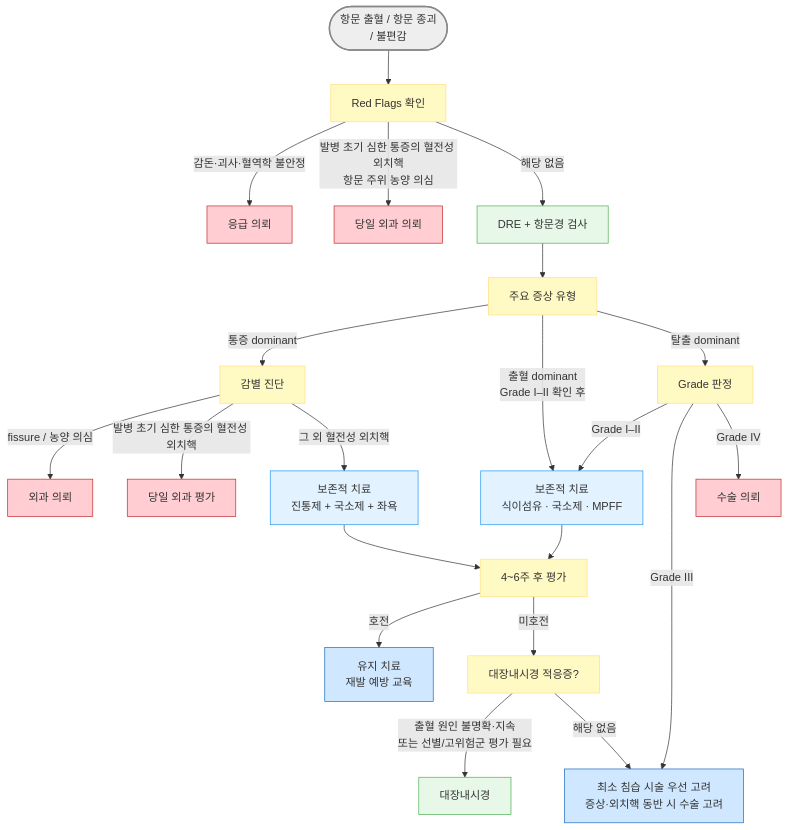
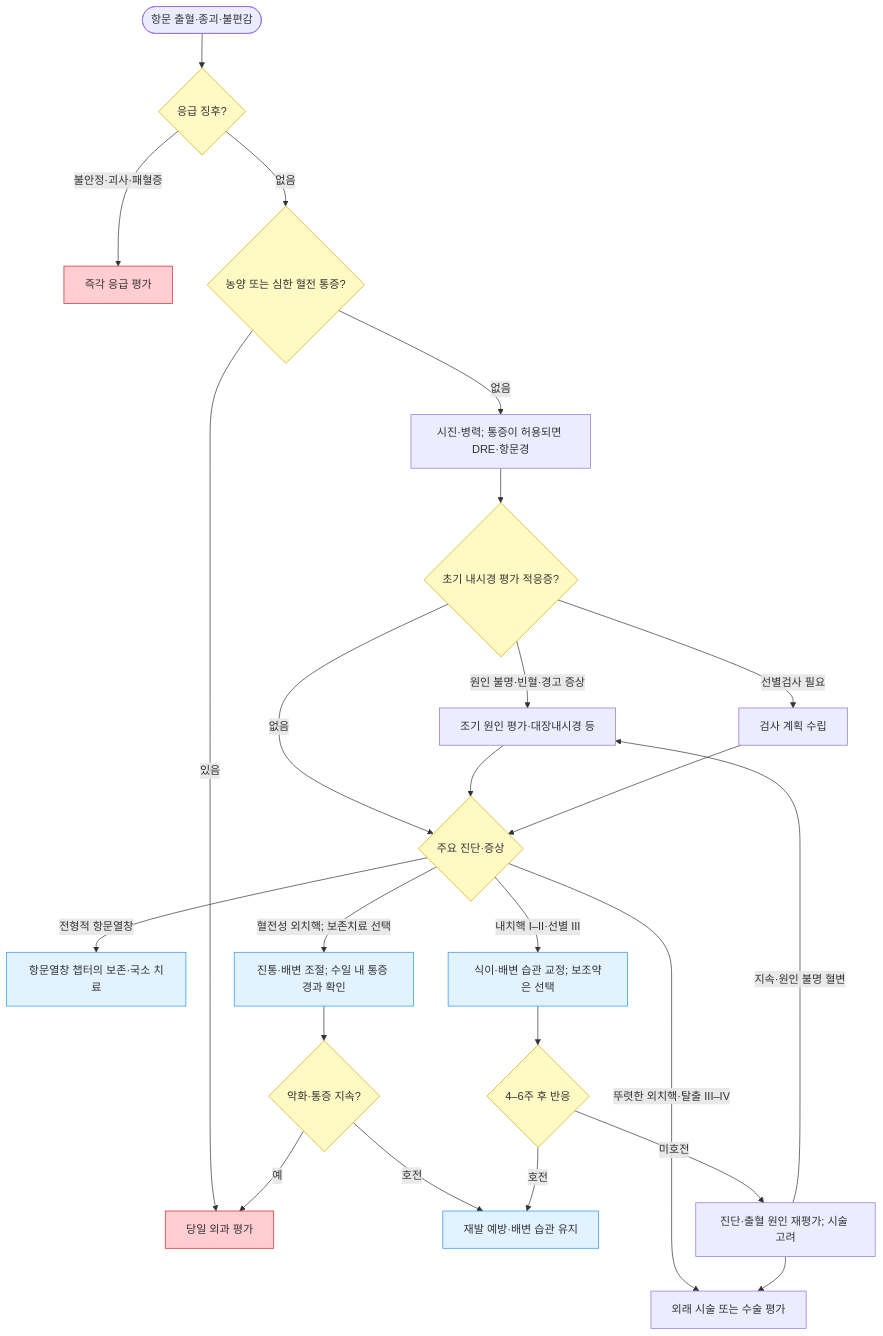
Before and after one commit to familyoh77/familyoh77: the diagram in 224_/089_-hemorrhoid.md, drawn with Mermaid. The commit also changed other lines of this file and 2 other files, not shown here.

````diff
--- a/224_/089_-hemorrhoid.md
+++ b/224_/089_-hemorrhoid.md
@@ -79,34 +81,32 @@
 ```mermaid
 graph TD
-    A([항문 출혈 / 항문 종괴 <br/>/ 불편감]) --> B[Red Flags 확인]
-    B -->|감돈·괴사·혈역학 불안정| C[응급 의뢰]
-    B -->|발병 초기 심한 통증의 혈전성 외치핵<br/>항문 주위 농양 의심| X[당일 외과 의뢰]
-    B -->|해당 없음| E[DRE + 항문경 검사]
-    E --> P[주요 증상 유형]
-    P -->|통증 dominant| Q[감별 진단]
-    P -->|출혈 dominant<br/>Grade I–II 확인 후| H
-    P -->|탈출 dominant| F[Grade 판정]
-    Q -->|fissure / 농양 의심| S[외과 의뢰]
-    Q -->|발병 초기 심한 통증의 혈전성 외치핵| D[당일 외과 평가]
-    Q -->|그 외 혈전성 외치핵| G[보존적 치료<br/>진통제 + 국소제 + 좌욕]
-    G --> K[4~6주 후 평가]
-    F -->|Grade I–II| H[보존적 치료<br/>식이섬유 · 국소제 · MPFF]
-    F -->|Grade III| I[최소 침습 시술 우선 고려<br/>증상·외치핵 동반 시 수술 고려]
-    F -->|Grade IV| J[수술 의뢰]
-    H --> K
-    K -->|호전| L[유지 치료<br/>재발 예방 교육]
-    K -->|미호전| M[대장내시경 적응증?]
-    M -->|출혈 원인 불명확·지속<br/>또는 선별/고위험군 평가 필요| N[대장내시경]
-    M -->|해당 없음| I
-style A fill:#eeeeee,stroke:#888888,stroke-width:2px
-classDef yellow fill:#fff9c4,stroke:#ffe082
-class B,P,Q,F,K,M yellow
-classDef L_red fill:#ffcdd2,stroke:#c62828
-class C,D,S,J,X L_red
-classDef sky fill:#e3f2ff,stroke:#2196f3
-class G,H sky
-classDef blue fill:#d0e8ff,stroke:#1a6abf
-class L,I blue
-classDef lightGreen fill:#e8f8e8,stroke:#4caf50
-class E,N lightGreen
+    A(["항문 출혈·종괴·불편감"]) --> B{"응급 징후?"}
+    B -- "불안정·괴사·패혈증" --> C["즉각 응급 평가"]
+    B -- "없음" --> D{"농양 또는 심한 혈전 통증?"}
+    D -- "있음" --> X["당일 외과 평가"]
+    D -- "없음" --> E["시진·병력; 통증이 허용되면 DRE·항문경"]
+    E --> M{"초기 내시경 평가 적응증?"}
+    M -- "원인 불명·빈혈·경고 증상" --> N["조기 원인 평가·대장내시경 등"]
+    M -- "선별검사 필요" --> O["검사 계획 수립"]
+    M -- "없음" --> P{"주요 진단·증상"}
+    N --> P
+    O --> P
+    P -- "전형적 항문열창" --> S["항문열창 챕터의 보존·국소 치료"]
+    P -- "혈전성 외치핵; 보존치료 선택" --> G["진통·배변 조절; 수일 내 통증 경과 확인"]
+    P -- "내치핵 I–II·선별 III" --> H["식이·배변 습관 교정; 보조약은 선택"]
+    P -- "뚜렷한 외치핵·탈출 III–IV" --> J["외래 시술 또는 수술 평가"]
+    G --> T{"악화·통증 지속?"}
+    T -- "예" --> X
+    T -- "호전" --> L["재발 예방·배변 습관 유지"]
+    H --> K{"4–6주 후 반응"}
+    K -- "호전" --> L
+    K -- "미호전" --> I["진단·출혈 원인 재평가; 시술 고려"]
+    I -- "지속·원인 불명 혈변" --> N
+    I --> J
+    classDef red fill:#ffcdd2,stroke:#c62828
+    class C,X red
+    classDef yellow fill:#fff9c4,stroke:#d4a900
+    class B,D,M,P,T,K yellow
+    classDef blue fill:#e3f2ff,stroke:#2196f3
+    class G,H,S,L blue
 ```
````
